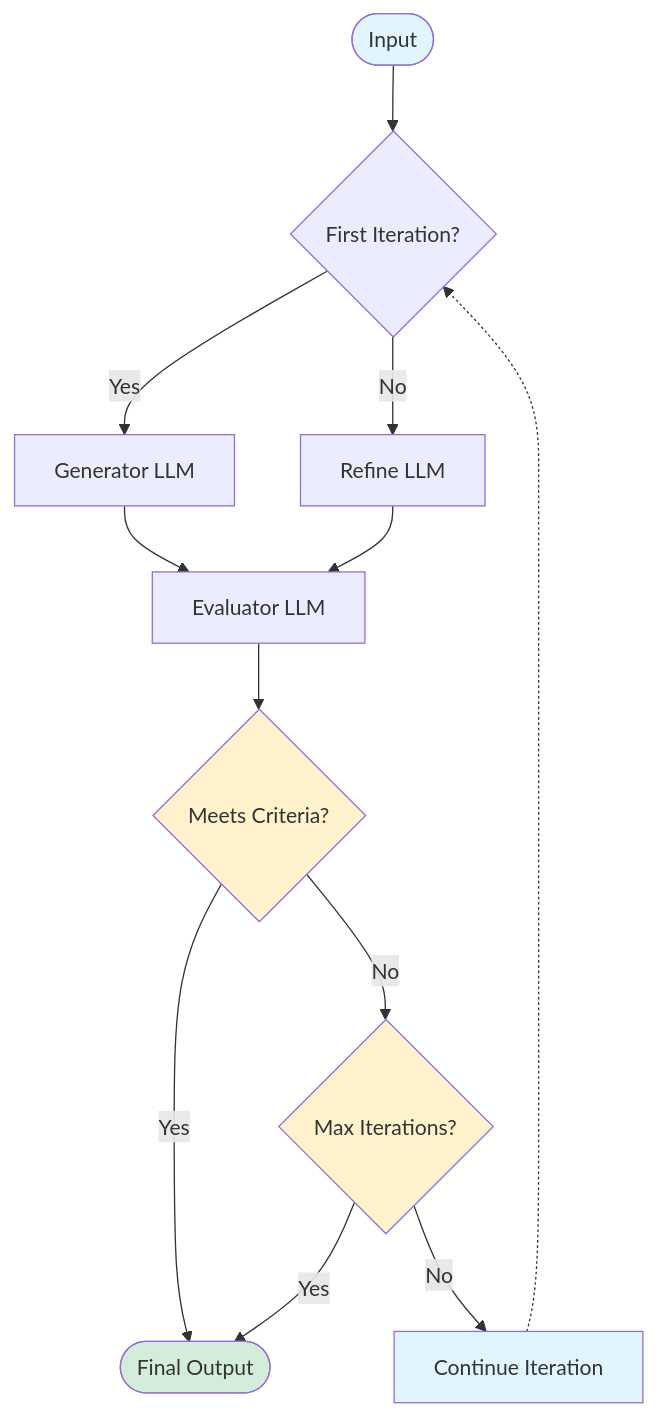
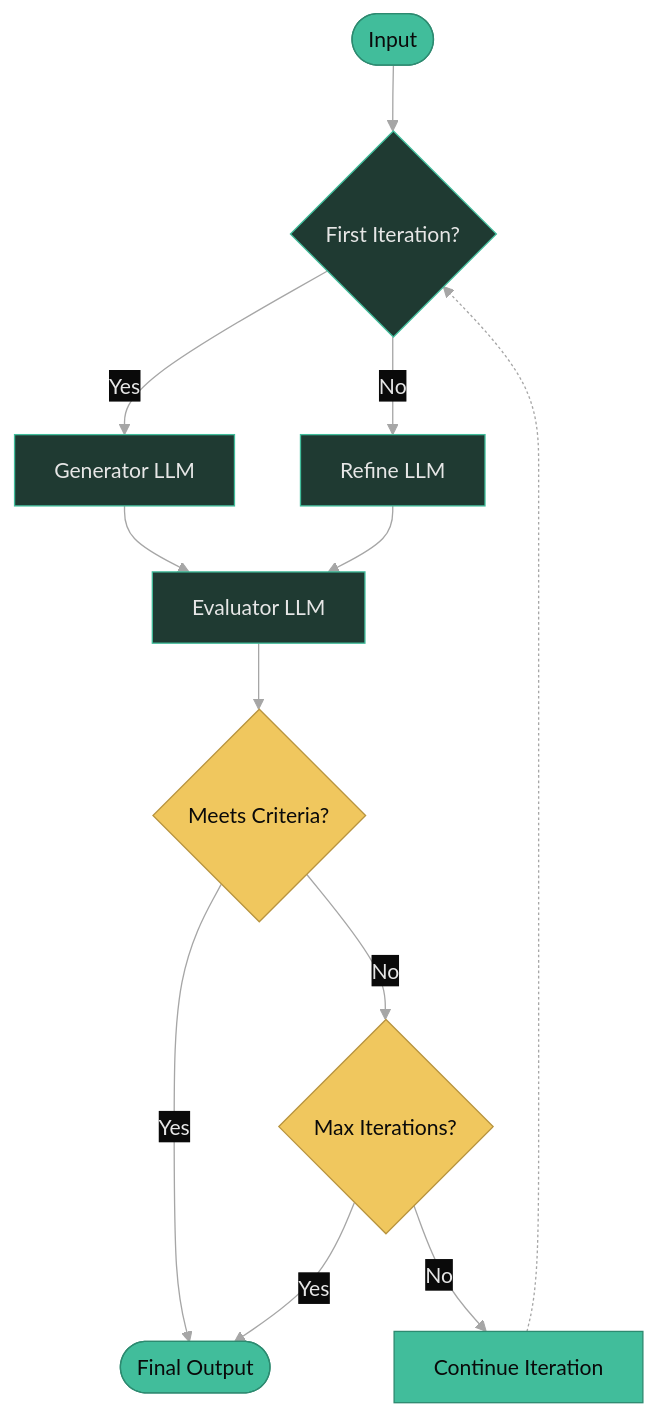
The diagram in .demo/slides/11-evaluator-optimizer/11-02-diagram.md (diagrid-labs/dapr-reliable-agentic-systems), drawn with Mermaid before and after one commit. The commit also changed 55 other files, not shown here.

````diff
--- a/.demo/slides/11-evaluator-optimizer/11-02-diagram.md
+++ b/.demo/slides/11-evaluator-optimizer/11-02-diagram.md
@@ -3,20 +3,21 @@
 ```mermaid
+%%{init: {"theme":"base","themeVariables":{"background":"#0a0a0a","primaryColor":"#1f3a32","primaryTextColor":"#e6e6e6","primaryBorderColor":"#41BD9B","lineColor":"#A6A6A6","secondaryColor":"#111315","tertiaryColor":"#111315","clusterBkg":"#111315","clusterBorder":"#41BD9B","titleColor":"#F0C75E","edgeLabelBackground":"#0a0a0a","noteBkgColor":"#111315","noteTextColor":"#e6e6e6","noteBorderColor":"#41BD9B","actorBkg":"#1f3a32","actorBorder":"#41BD9B","actorTextColor":"#e6e6e6","actorLineColor":"#A6A6A6","signalColor":"#A6A6A6","signalTextColor":"#e6e6e6","labelBoxBkgColor":"#0a0a0a","labelBoxBorderColor":"#41BD9B","labelTextColor":"#e6e6e6","loopTextColor":"#e6e6e6","altSectionBkgColor":"#111315","sectionBkgColor":"#111315","fontFamily":"Geist,sans-serif"}}}%%
 graph TD
     Start([Input]) --> Check1{First Iteration?}
     Check1 -->|Yes| A1[Generator LLM]
     Check1 -->|No| A3[Refine LLM]
     A1 --> A2[Evaluator LLM]
     A3 --> A2
     A2 --> Gate{Meets Criteria?}
     Gate -->|Yes| End([Final Output])
     Gate -->|No| Gate2{Max Iterations?}
     Gate2 -->|Yes| End
     Gate2 -->|No| Restart[Continue Iteration]
     Restart -.-> Check1
     
-    style Start fill:#e1f5ff
-    style End fill:#d4edda
-    style Gate fill:#fff3cd
-    style Gate2 fill:#fff3cd
-    style Restart fill:#e1f5ff
+    style Start fill:#41BD9B,stroke:#2d8a70,color:#0a0a0a
+    style End fill:#41BD9B,stroke:#2d8a70,color:#0a0a0a
+    style Gate fill:#F0C75E,stroke:#b8943f,color:#0a0a0a
+    style Gate2 fill:#F0C75E,stroke:#b8943f,color:#0a0a0a
+    style Restart fill:#41BD9B,stroke:#2d8a70,color:#0a0a0a
 ```
````
